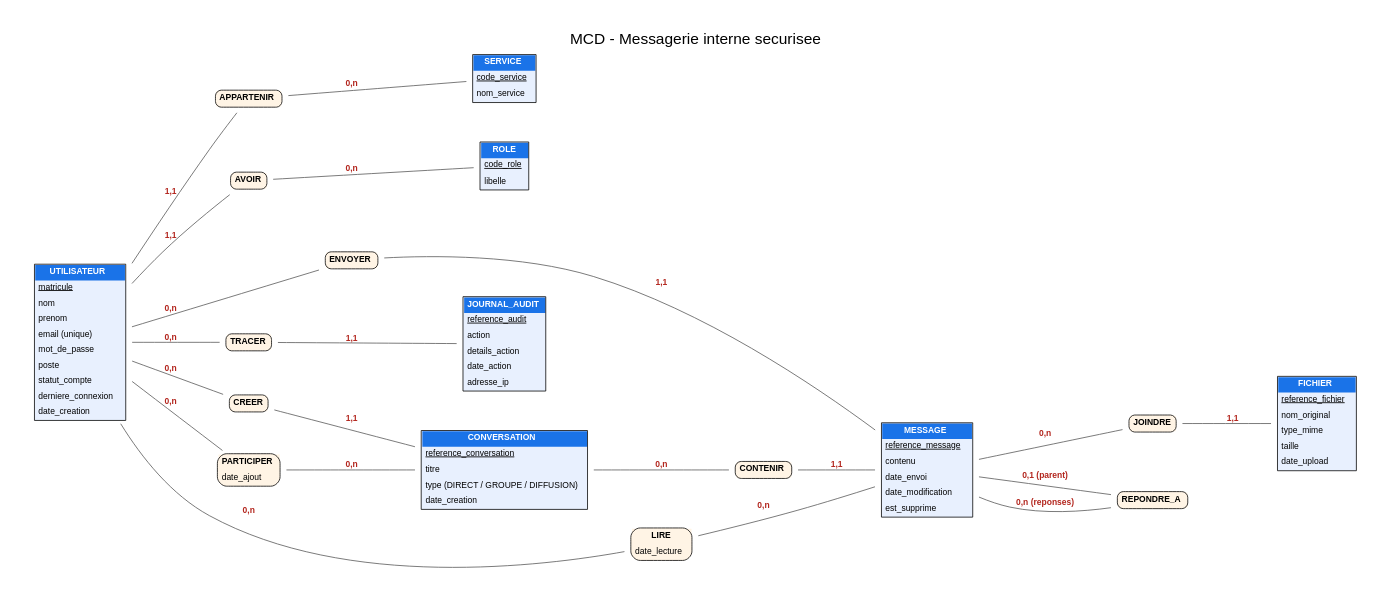
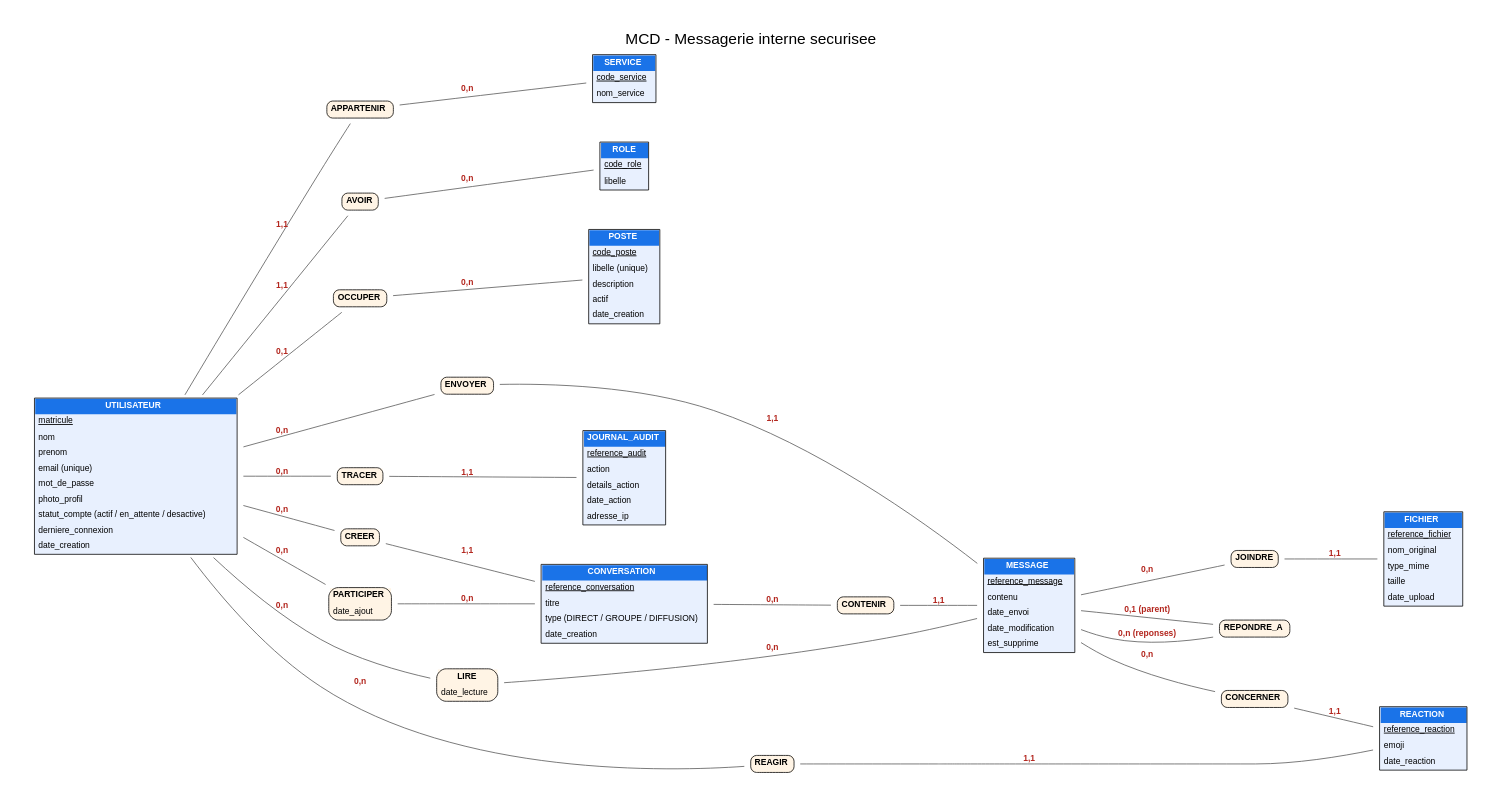
Before and after one commit to kerneljo/messagerie-interne-pme: the diagram in Docs/messagerie_mcd.dot, drawn with Graphviz. The commit also changed 43 other files, not shown here.

```diff
--- a/Docs/messagerie_mcd.dot
+++ b/Docs/messagerie_mcd.dot
@@ -1,42 +1,59 @@
 graph MCD {
   graph [rankdir=LR, splines=true, nodesep=0.6, ranksep=1.1, fontname="Helvetica", pad=0.4, label="MCD - Messagerie interne securisee", labelloc=t, fontsize=20];
   node [fontname="Helvetica", fontsize=11, shape=plaintext];
   edge [fontname="Helvetica-Bold", fontsize=11, fontcolor="#b3261e", color="#555555", dir=none];
-  UTILISATEUR [label=<<TABLE BORDER="1" CELLBORDER="0" CELLSPACING="0" CELLPADDING="4" BGCOLOR="#e8f0fe"><TR><TD BGCOLOR="#1a73e8"><FONT COLOR="white"><B>UTILISATEUR</B></FONT></TD></TR><TR><TD ALIGN="LEFT"><U>matricule</U></TD></TR><TR><TD ALIGN="LEFT">nom</TD></TR><TR><TD ALIGN="LEFT">prenom</TD></TR><TR><TD ALIGN="LEFT">email (unique)</TD></TR><TR><TD ALIGN="LEFT">mot_de_passe</TD></TR><TR><TD ALIGN="LEFT">poste</TD></TR><TR><TD ALIGN="LEFT">statut_compte</TD></TR><TR><TD ALIGN="LEFT">derniere_connexion</TD></TR><TR><TD ALIGN="LEFT">date_creation</TD></TR></TABLE>>];
+
+  // ===== ENTITES =====
+  UTILISATEUR [label=<<TABLE BORDER="1" CELLBORDER="0" CELLSPACING="0" CELLPADDING="4" BGCOLOR="#e8f0fe"><TR><TD BGCOLOR="#1a73e8"><FONT COLOR="white"><B>UTILISATEUR</B></FONT></TD></TR><TR><TD ALIGN="LEFT"><U>matricule</U></TD></TR><TR><TD ALIGN="LEFT">nom</TD></TR><TR><TD ALIGN="LEFT">prenom</TD></TR><TR><TD ALIGN="LEFT">email (unique)</TD></TR><TR><TD ALIGN="LEFT">mot_de_passe</TD></TR><TR><TD ALIGN="LEFT">photo_profil</TD></TR><TR><TD ALIGN="LEFT">statut_compte (actif / en_attente / desactive)</TD></TR><TR><TD ALIGN="LEFT">derniere_connexion</TD></TR><TR><TD ALIGN="LEFT">date_creation</TD></TR></TABLE>>];
   SERVICE [label=<<TABLE BORDER="1" CELLBORDER="0" CELLSPACING="0" CELLPADDING="4" BGCOLOR="#e8f0fe"><TR><TD BGCOLOR="#1a73e8"><FONT COLOR="white"><B>SERVICE</B></FONT></TD></TR><TR><TD ALIGN="LEFT"><U>code_service</U></TD></TR><TR><TD ALIGN="LEFT">nom_service</TD></TR></TABLE>>];
   ROLE [label=<<TABLE BORDER="1" CELLBORDER="0" CELLSPACING="0" CELLPADDING="4" BGCOLOR="#e8f0fe"><TR><TD BGCOLOR="#1a73e8"><FONT COLOR="white"><B>ROLE</B></FONT></TD></TR><TR><TD ALIGN="LEFT"><U>code_role</U></TD></TR><TR><TD ALIGN="LEFT">libelle</TD></TR></TABLE>>];
+  POSTE [label=<<TABLE BORDER="1" CELLBORDER="0" CELLSPACING="0" CELLPADDING="4" BGCOLOR="#e8f0fe"><TR><TD BGCOLOR="#1a73e8"><FONT COLOR="white"><B>POSTE</B></FONT></TD></TR><TR><TD ALIGN="LEFT"><U>code_poste</U></TD></TR><TR><TD ALIGN="LEFT">libelle (unique)</TD></TR><TR><TD ALIGN="LEFT">description</TD></TR><TR><TD ALIGN="LEFT">actif</TD></TR><TR><TD ALIGN="LEFT">date_creation</TD></TR></TABLE>>];
   CONVERSATION [label=<<TABLE BORDER="1" CELLBORDER="0" CELLSPACING="0" CELLPADDING="4" BGCOLOR="#e8f0fe"><TR><TD BGCOLOR="#1a73e8"><FONT COLOR="white"><B>CONVERSATION</B></FONT></TD></TR><TR><TD ALIGN="LEFT"><U>reference_conversation</U></TD></TR><TR><TD ALIGN="LEFT">titre</TD></TR><TR><TD ALIGN="LEFT">type (DIRECT / GROUPE / DIFFUSION)</TD></TR><TR><TD ALIGN="LEFT">date_creation</TD></TR></TABLE>>];
   MESSAGE [label=<<TABLE BORDER="1" CELLBORDER="0" CELLSPACING="0" CELLPADDING="4" BGCOLOR="#e8f0fe"><TR><TD BGCOLOR="#1a73e8"><FONT COLOR="white"><B>MESSAGE</B></FONT></TD></TR><TR><TD ALIGN="LEFT"><U>reference_message</U></TD></TR><TR><TD ALIGN="LEFT">contenu</TD></TR><TR><TD ALIGN="LEFT">date_envoi</TD></TR><TR><TD ALIGN="LEFT">date_modification</TD></TR><TR><TD ALIGN="LEFT">est_supprime</TD></TR></TABLE>>];
+  REACTION [label=<<TABLE BORDER="1" CELLBORDER="0" CELLSPACING="0" CELLPADDING="4" BGCOLOR="#e8f0fe"><TR><TD BGCOLOR="#1a73e8"><FONT COLOR="white"><B>REACTION</B></FONT></TD></TR><TR><TD ALIGN="LEFT"><U>reference_reaction</U></TD></TR><TR><TD ALIGN="LEFT">emoji</TD></TR><TR><TD ALIGN="LEFT">date_reaction</TD></TR></TABLE>>];
   FICHIER [label=<<TABLE BORDER="1" CELLBORDER="0" CELLSPACING="0" CELLPADDING="4" BGCOLOR="#e8f0fe"><TR><TD BGCOLOR="#1a73e8"><FONT COLOR="white"><B>FICHIER</B></FONT></TD></TR><TR><TD ALIGN="LEFT"><U>reference_fichier</U></TD></TR><TR><TD ALIGN="LEFT">nom_original</TD></TR><TR><TD ALIGN="LEFT">type_mime</TD></TR><TR><TD ALIGN="LEFT">taille</TD></TR><TR><TD ALIGN="LEFT">date_upload</TD></TR></TABLE>>];
   JOURNAL_AUDIT [label=<<TABLE BORDER="1" CELLBORDER="0" CELLSPACING="0" CELLPADDING="4" BGCOLOR="#e8f0fe"><TR><TD BGCOLOR="#1a73e8"><FONT COLOR="white"><B>JOURNAL_AUDIT</B></FONT></TD></TR><TR><TD ALIGN="LEFT"><U>reference_audit</U></TD></TR><TR><TD ALIGN="LEFT">action</TD></TR><TR><TD ALIGN="LEFT">details_action</TD></TR><TR><TD ALIGN="LEFT">date_action</TD></TR><TR><TD ALIGN="LEFT">adresse_ip</TD></TR></TABLE>>];
+
+  // ===== ASSOCIATIONS =====
   APPARTENIR [label=<<TABLE BORDER="1" STYLE="ROUNDED" CELLBORDER="0" CELLSPACING="0" CELLPADDING="4" BGCOLOR="#fff4e5"><TR><TD BGCOLOR="#fff4e5"><FONT COLOR="black"><B>APPARTENIR</B></FONT></TD></TR></TABLE>>];
   AVOIR [label=<<TABLE BORDER="1" STYLE="ROUNDED" CELLBORDER="0" CELLSPACING="0" CELLPADDING="4" BGCOLOR="#fff4e5"><TR><TD BGCOLOR="#fff4e5"><FONT COLOR="black"><B>AVOIR</B></FONT></TD></TR></TABLE>>];
+  OCCUPER [label=<<TABLE BORDER="1" STYLE="ROUNDED" CELLBORDER="0" CELLSPACING="0" CELLPADDING="4" BGCOLOR="#fff4e5"><TR><TD BGCOLOR="#fff4e5"><FONT COLOR="black"><B>OCCUPER</B></FONT></TD></TR></TABLE>>];
   ENVOYER [label=<<TABLE BORDER="1" STYLE="ROUNDED" CELLBORDER="0" CELLSPACING="0" CELLPADDING="4" BGCOLOR="#fff4e5"><TR><TD BGCOLOR="#fff4e5"><FONT COLOR="black"><B>ENVOYER</B></FONT></TD></TR></TABLE>>];
   CONTENIR [label=<<TABLE BORDER="1" STYLE="ROUNDED" CELLBORDER="0" CELLSPACING="0" CELLPADDING="4" BGCOLOR="#fff4e5"><TR><TD BGCOLOR="#fff4e5"><FONT COLOR="black"><B>CONTENIR</B></FONT></TD></TR></TABLE>>];
   JOINDRE [label=<<TABLE BORDER="1" STYLE="ROUNDED" CELLBORDER="0" CELLSPACING="0" CELLPADDING="4" BGCOLOR="#fff4e5"><TR><TD BGCOLOR="#fff4e5"><FONT COLOR="black"><B>JOINDRE</B></FONT></TD></TR></TABLE>>];
   TRACER [label=<<TABLE BORDER="1" STYLE="ROUNDED" CELLBORDER="0" CELLSPACING="0" CELLPADDING="4" BGCOLOR="#fff4e5"><TR><TD BGCOLOR="#fff4e5"><FONT COLOR="black"><B>TRACER</B></FONT></TD></TR></TABLE>>];
   REPONDRE_A [label=<<TABLE BORDER="1" STYLE="ROUNDED" CELLBORDER="0" CELLSPACING="0" CELLPADDING="4" BGCOLOR="#fff4e5"><TR><TD BGCOLOR="#fff4e5"><FONT COLOR="black"><B>REPONDRE_A</B></FONT></TD></TR></TABLE>>];
   CREER [label=<<TABLE BORDER="1" STYLE="ROUNDED" CELLBORDER="0" CELLSPACING="0" CELLPADDING="4" BGCOLOR="#fff4e5"><TR><TD BGCOLOR="#fff4e5"><FONT COLOR="black"><B>CREER</B></FONT></TD></TR></TABLE>>];
   PARTICIPER [label=<<TABLE BORDER="1" STYLE="ROUNDED" CELLBORDER="0" CELLSPACING="0" CELLPADDING="4" BGCOLOR="#fff4e5"><TR><TD BGCOLOR="#fff4e5"><FONT COLOR="black"><B>PARTICIPER</B></FONT></TD></TR><TR><TD ALIGN="LEFT">date_ajout</TD></TR></TABLE>>];
   LIRE [label=<<TABLE BORDER="1" STYLE="ROUNDED" CELLBORDER="0" CELLSPACING="0" CELLPADDING="4" BGCOLOR="#fff4e5"><TR><TD BGCOLOR="#fff4e5"><FONT COLOR="black"><B>LIRE</B></FONT></TD></TR><TR><TD ALIGN="LEFT">date_lecture</TD></TR></TABLE>>];
+  REAGIR [label=<<TABLE BORDER="1" STYLE="ROUNDED" CELLBORDER="0" CELLSPACING="0" CELLPADDING="4" BGCOLOR="#fff4e5"><TR><TD BGCOLOR="#fff4e5"><FONT COLOR="black"><B>REAGIR</B></FONT></TD></TR></TABLE>>];
+  CONCERNER [label=<<TABLE BORDER="1" STYLE="ROUNDED" CELLBORDER="0" CELLSPACING="0" CELLPADDING="4" BGCOLOR="#fff4e5"><TR><TD BGCOLOR="#fff4e5"><FONT COLOR="black"><B>CONCERNER</B></FONT></TD></TR></TABLE>>];
+
+  // ===== LIENS =====
   UTILISATEUR -- CREER [label="0,n"];
   CREER -- CONVERSATION [label="1,1"];
   UTILISATEUR -- APPARTENIR [label="1,1"];
   APPARTENIR -- SERVICE [label="0,n"];
   UTILISATEUR -- AVOIR [label="1,1"];
   AVOIR -- ROLE [label="0,n"];
+  UTILISATEUR -- OCCUPER [label="0,1"];
+  OCCUPER -- POSTE [label="0,n"];
   UTILISATEUR -- PARTICIPER [label="0,n"];
   PARTICIPER -- CONVERSATION [label="0,n"];
   CONVERSATION -- CONTENIR [label="0,n"];
   CONTENIR -- MESSAGE [label="1,1"];
   UTILISATEUR -- ENVOYER [label="0,n"];
   ENVOYER -- MESSAGE [label="1,1"];
   UTILISATEUR -- LIRE [label="0,n"];
   LIRE -- MESSAGE [label="0,n"];
+  UTILISATEUR -- REAGIR [label="0,n"];
+  REAGIR -- REACTION [label="1,1"];
+  MESSAGE -- CONCERNER [label="0,n"];
+  CONCERNER -- REACTION [label="1,1"];
   MESSAGE -- JOINDRE [label="0,n"];
   JOINDRE -- FICHIER [label="1,1"];
   UTILISATEUR -- TRACER [label="0,n"];
   TRACER -- JOURNAL_AUDIT [label="1,1"];
   MESSAGE -- REPONDRE_A [label="0,1 (parent)"];
   REPONDRE_A -- MESSAGE [label="0,n (reponses)"];
 }
```
